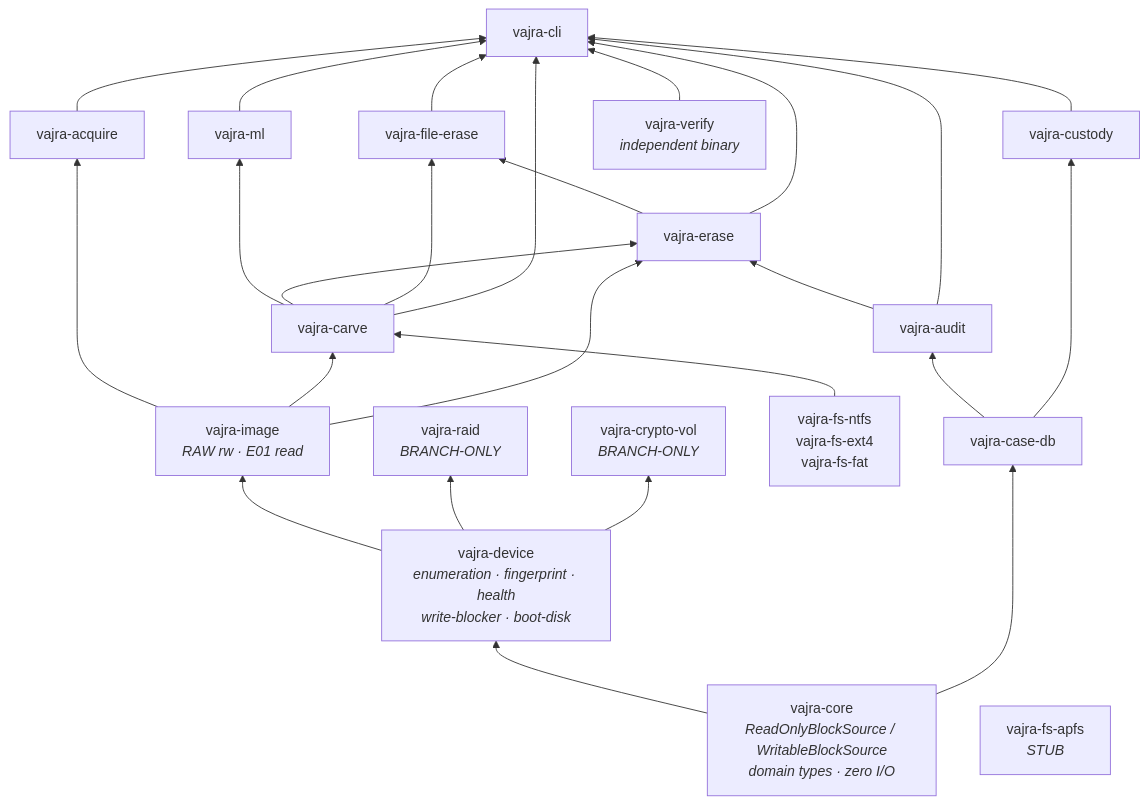
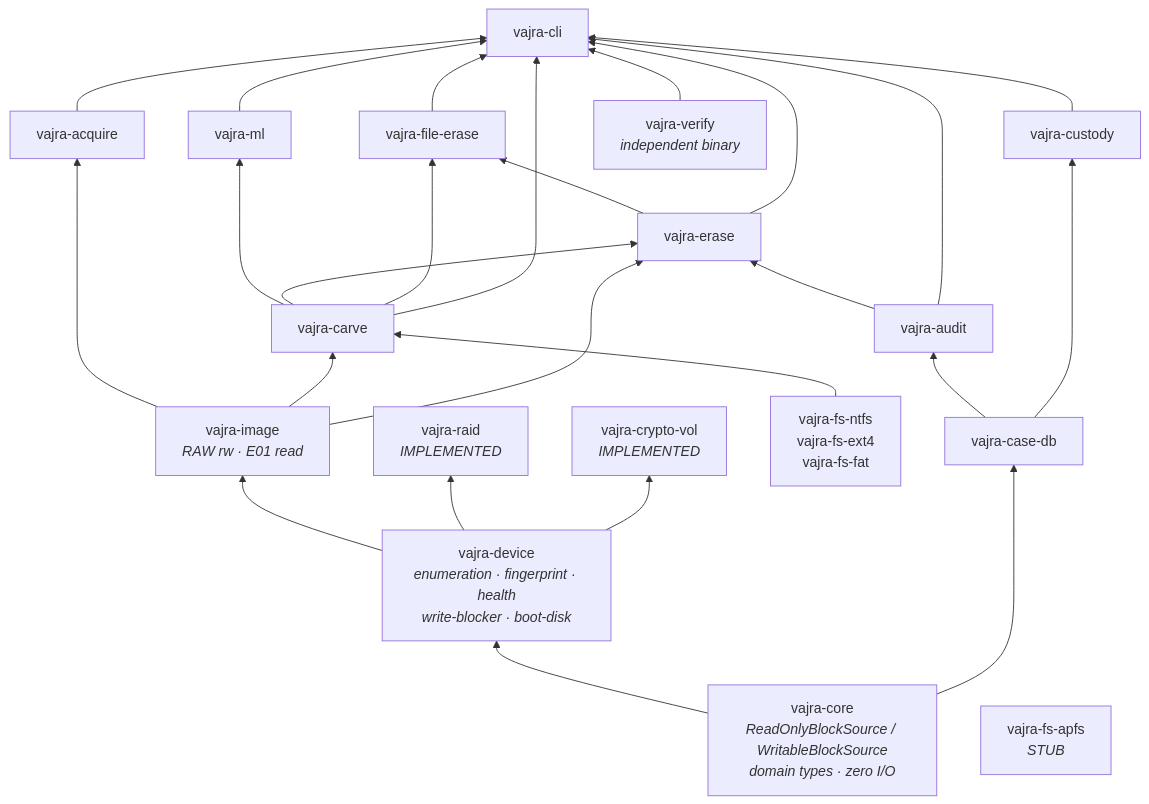
The diagram in docs/project-documentation.md (syedzahidsaleem/vajra-forensics-platform), drawn with Mermaid before and after one commit. The commit also changed other lines of this file and 18 other files, not shown here.

````diff
--- a/docs/project-documentation.md
+++ b/docs/project-documentation.md
@@ -89,46 +89,46 @@
 ```mermaid
 graph BT
     core["vajra-core<br/><i>ReadOnlyBlockSource / WritableBlockSource<br/>domain types · zero I/O</i>"]
     device["vajra-device<br/><i>enumeration · fingerprint · health<br/>write-blocker · boot-disk</i>"]
     image["vajra-image<br/><i>RAW rw · E01 read</i>"]
-    raid["vajra-raid<br/><i>BRANCH-ONLY</i>"]
-    cvol["vajra-crypto-vol<br/><i>BRANCH-ONLY</i>"]
+    raid["vajra-raid<br/><i>IMPLEMENTED</i>"]
+    cvol["vajra-crypto-vol<br/><i>IMPLEMENTED</i>"]
 
     acquire["vajra-acquire"]
     carve["vajra-carve"]
     fs["vajra-fs-ntfs<br/>vajra-fs-ext4<br/>vajra-fs-fat"]
     apfs["vajra-fs-apfs<br/><i>STUB</i>"]
     ml["vajra-ml"]
     erase["vajra-erase"]
     ferase["vajra-file-erase"]
     audit["vajra-audit"]
     custody["vajra-custody"]
     casedb["vajra-case-db"]
     cli["vajra-cli"]
     verify["vajra-verify<br/><i>independent binary</i>"]
 
     core --> device
     device --> image
     device --> raid
     device --> cvol
     image --> acquire
     image --> carve
     image --> erase
     core --> casedb
     casedb --> audit
     casedb --> custody
     fs --> carve
     carve --> ml
     carve --> erase
     carve --> ferase
     erase --> ferase
     audit --> erase
     acquire --> cli
     carve --> cli
     erase --> cli
     ferase --> cli
     audit --> cli
     custody --> cli
     ml --> cli
     verify --> cli
 ```
````
